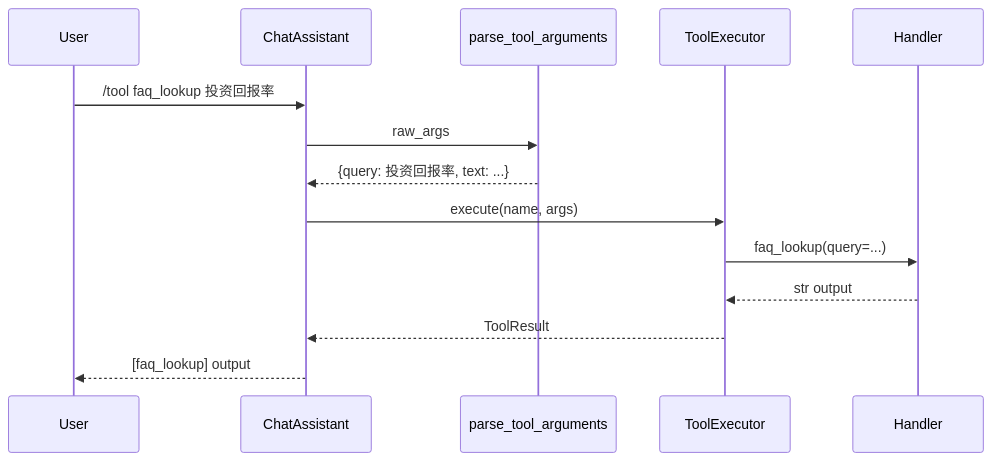
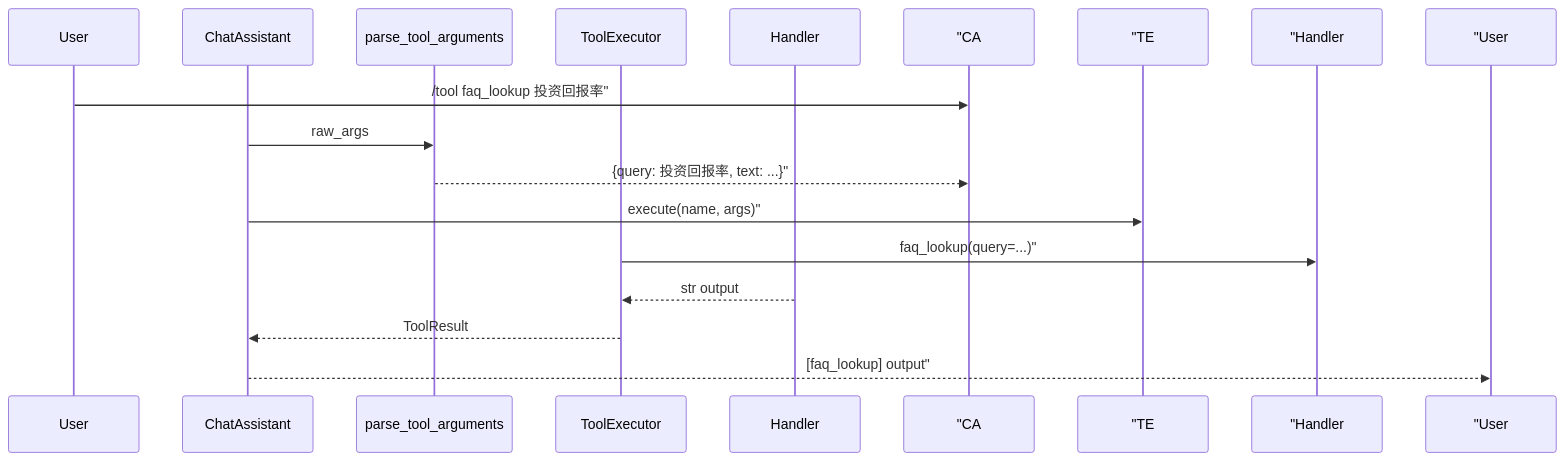
One commit to ab6539763/70_days_course_plus changed the fourth of 5 diagrams in course/day21/03_架构设计.md. Above: the diagram before and after it, drawn with Mermaid. The commit also changed other lines of this file and 134 other files, not shown here.

````diff
--- a/course/day21/03_架构设计.md
+++ b/course/day21/03_架构设计.md
@@ -107,17 +107,17 @@
 ```mermaid
 sequenceDiagram
     participant User
     participant CA as ChatAssistant
     participant Parse as parse_tool_arguments
     participant TE as ToolExecutor
     participant Handler
 
-    User->>CA: /tool faq_lookup 投资回报率
+    User->> "CA: /tool faq_lookup 投资回报率"
     CA->>Parse: raw_args
-    Parse-->>CA: {query: 投资回报率, text: ...}
-    CA->>TE: execute(name, args)
-    TE->>Handler: faq_lookup(query=...)
+    Parse-->> "CA: {query: 投资回报率, text: ...}"
+    CA->> "TE: execute(name, args)"
+    TE->> "Handler: faq_lookup(query=...)"
     Handler-->>TE: str output
     TE-->>CA: ToolResult
-    CA-->>User: [faq_lookup] output
+    CA-->> "User: [faq_lookup] output"
 ```
````
